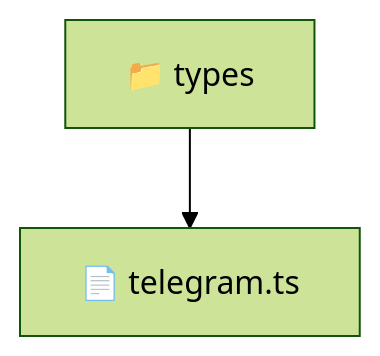
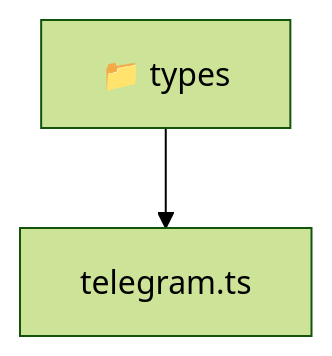
One commit to beginwebdev2002/fullstack-mavluda changed the diagram in frontend/src/types/README.md. Above: the diagram before and after it, drawn with Mermaid (forest theme). The commit also changed other lines of this file and 167 other files, not shown here.

````diff
--- a/frontend/src/types/README.md
+++ b/frontend/src/types/README.md
@@ -9,5 +9,6 @@
 ```mermaid
 graph TD
-  Root["📁 types"]
-  Root --> telegram_ts["📄 telegram.ts"]
+  Root_types["📁 types"]
+  f_telegram_ts["telegram.ts"]
+  Root_types --> f_telegram_ts
 ```
````
